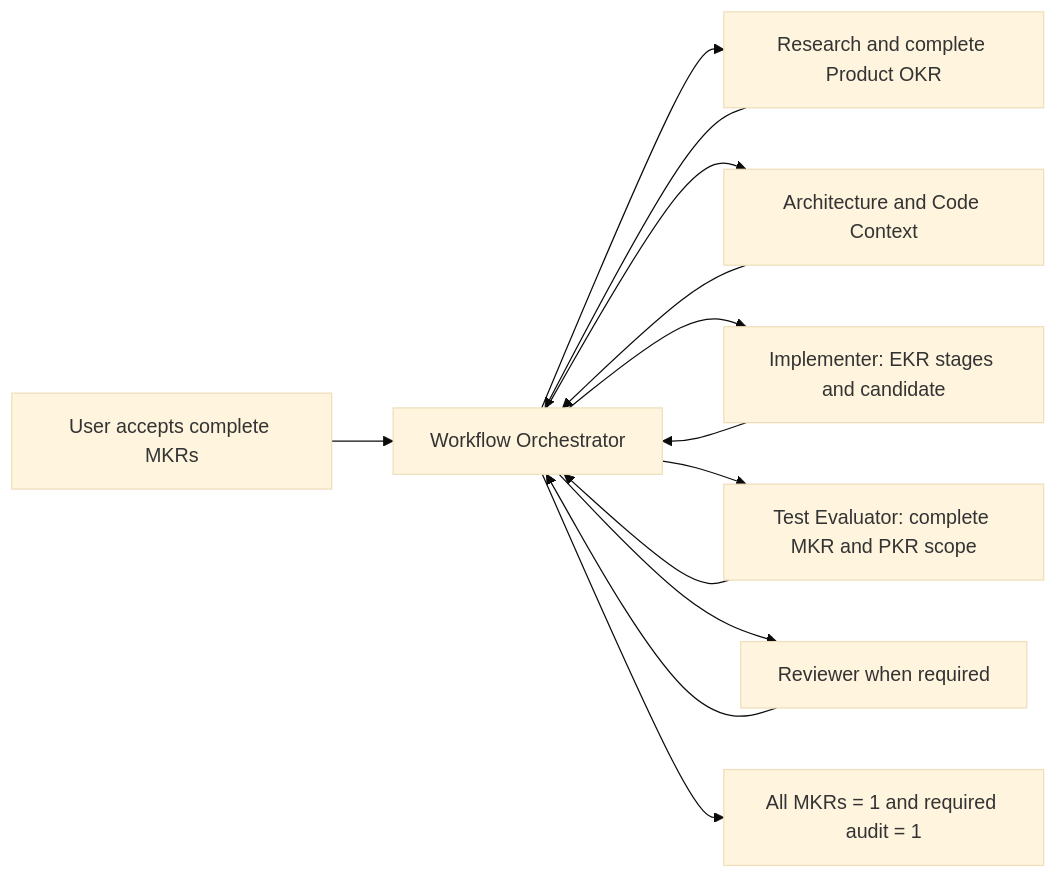
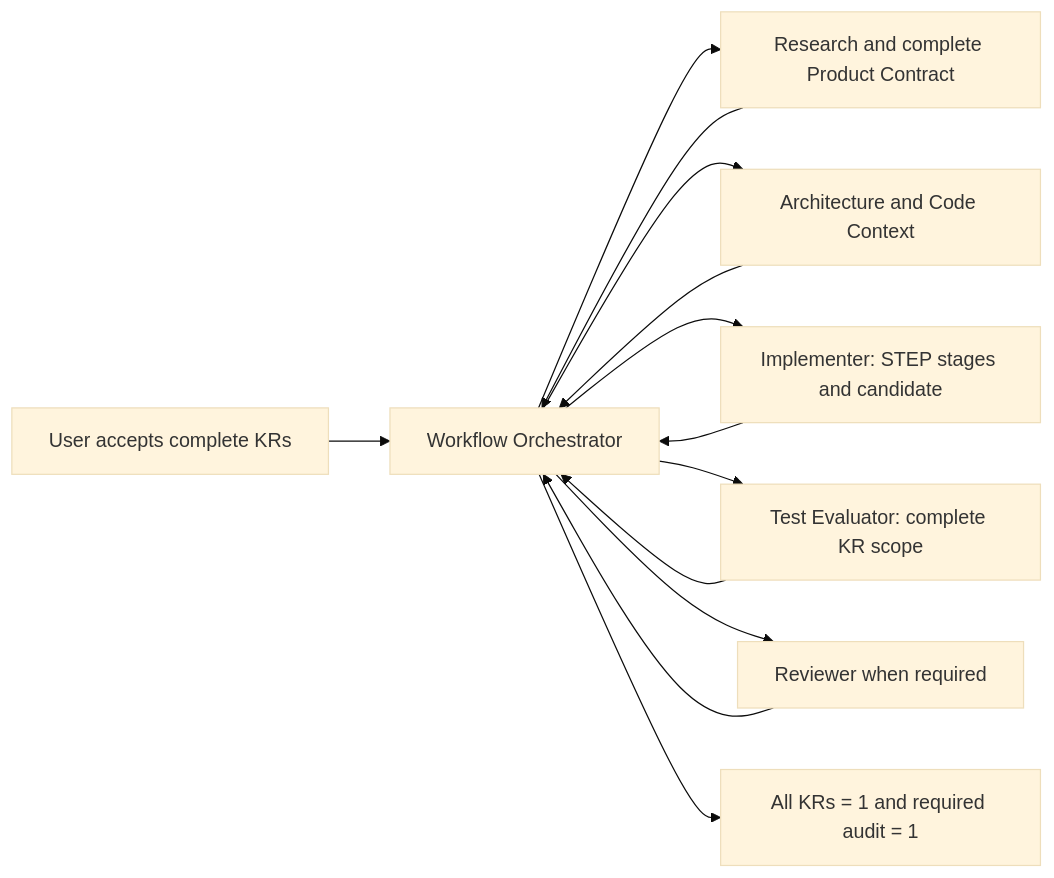
The diagram in docs/workflow/README.md (Deepleaper/Code-role), drawn with Mermaid (base theme) before and after one commit. The commit also changed other lines of this file and 94 other files, not shown here.

````diff
--- a/docs/workflow/README.md
+++ b/docs/workflow/README.md
@@ -41,15 +41,15 @@
 ```mermaid
 flowchart LR
-    U["User accepts complete MKRs"] --> PM["Workflow Orchestrator"]
-    PM --> P["Research and complete Product OKR"]
+    U["User accepts complete KRs"] --> PM["Workflow Orchestrator"]
+    PM --> P["Research and complete Product Contract"]
     P --> PM
     PM --> A["Architecture and Code Context"]
     A --> PM
-    PM --> I["Implementer: EKR stages and candidate"]
+    PM --> I["Implementer: STEP stages and candidate"]
     I --> PM
-    PM --> T["Test Evaluator: complete MKR and PKR scope"]
+    PM --> T["Test Evaluator: complete KR scope"]
     T --> PM
     PM --> V["Reviewer when required"]
     V --> PM
-    PM --> X["All MKRs = 1 and required audit = 1"]
+    PM --> X["All KRs = 1 and required audit = 1"]
 ```
````
